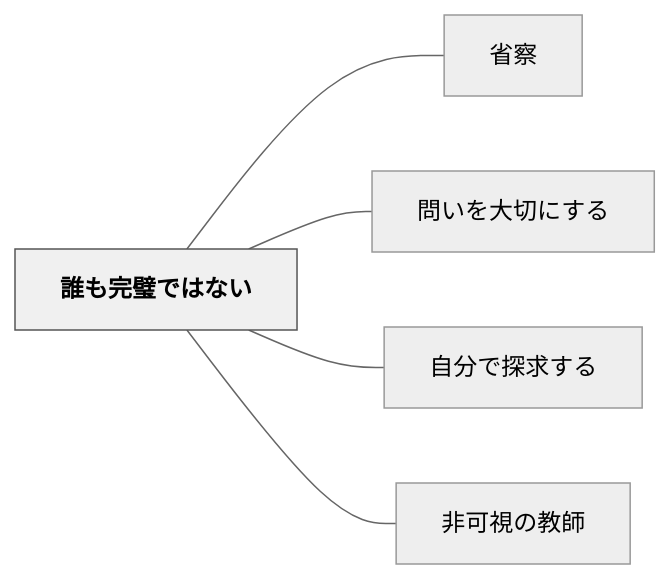
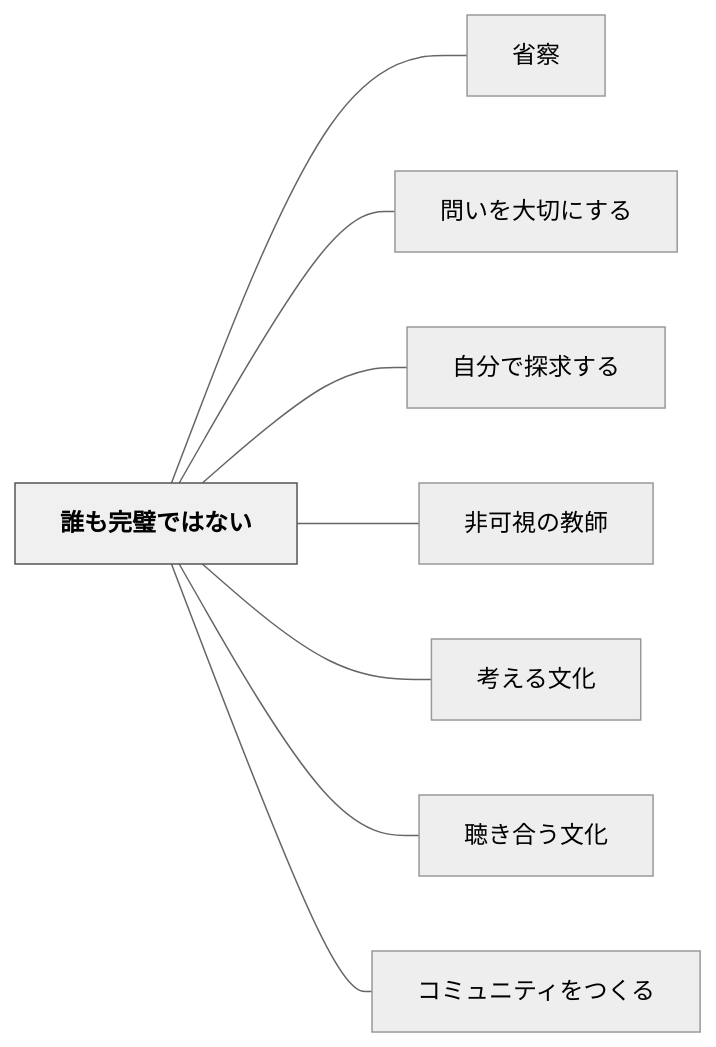
One commit to unknownthings-ed-patterns/unknownthings-ed-patterns changed the diagram in content/パタン/誰も完璧ではない.md. Above: the diagram before and after it, drawn with Mermaid (neutral theme). The commit also changed other lines of this file and 35 other files, not shown here.

````diff
--- a/content/パタン/誰も完璧ではない.md
+++ b/content/パタン/誰も完璧ではない.md
@@ -83,16 +86,22 @@
 ```mermaid
 flowchart LR
     ne8aab0e38282e5ae8ce792a7e381a7e381afe381aae38184["誰も完璧ではない"]
     ne79c81e5af9f["省察"]
     ne5958fe38184e38292e5a4a7e58887e381abe38199e3828b["問いを大切にする"]
     ne887aae58886e381a7e68ea2e6b182e38199e3828b["自分で探求する"]
     ne99d9ee58fafe8a696e381aee69599e5b8ab["非可視の教師"]
+    ne88083e38188e3828be69687e58c96["考える文化"]
+    ne881b4e3818de59088e38186e69687e58c96["聴き合う文化"]
+    ne382b3e3839fe383a5e3838be38386e382a3e38292e381a4e3818fe3828b["コミュニティをつくる"]
 
     ne8aab0e38282e5ae8ce792a7e381a7e381afe381aae38184 --- ne79c81e5af9f
     ne8aab0e38282e5ae8ce792a7e381a7e381afe381aae38184 --- ne5958fe38184e38292e5a4a7e58887e381abe38199e3828b
     ne8aab0e38282e5ae8ce792a7e381a7e381afe381aae38184 --- ne887aae58886e381a7e68ea2e6b182e38199e3828b
     ne8aab0e38282e5ae8ce792a7e381a7e381afe381aae38184 --- ne99d9ee58fafe8a696e381aee69599e5b8ab
+    ne8aab0e38282e5ae8ce792a7e381a7e381afe381aae38184 --- ne88083e38188e3828be69687e58c96
+    ne8aab0e38282e5ae8ce792a7e381a7e381afe381aae38184 --- ne881b4e3818de59088e38186e69687e58c96
+    ne8aab0e38282e5ae8ce792a7e381a7e381afe381aae38184 --- ne382b3e3839fe383a5e3838be38386e382a3e38292e381a4e3818fe3828b
 
     classDef hub fill:#f0f0f0,stroke:#555,color:#000,font-weight:bold
     class ne8aab0e38282e5ae8ce792a7e381a7e381afe381aae38184 hub
 ```
````
